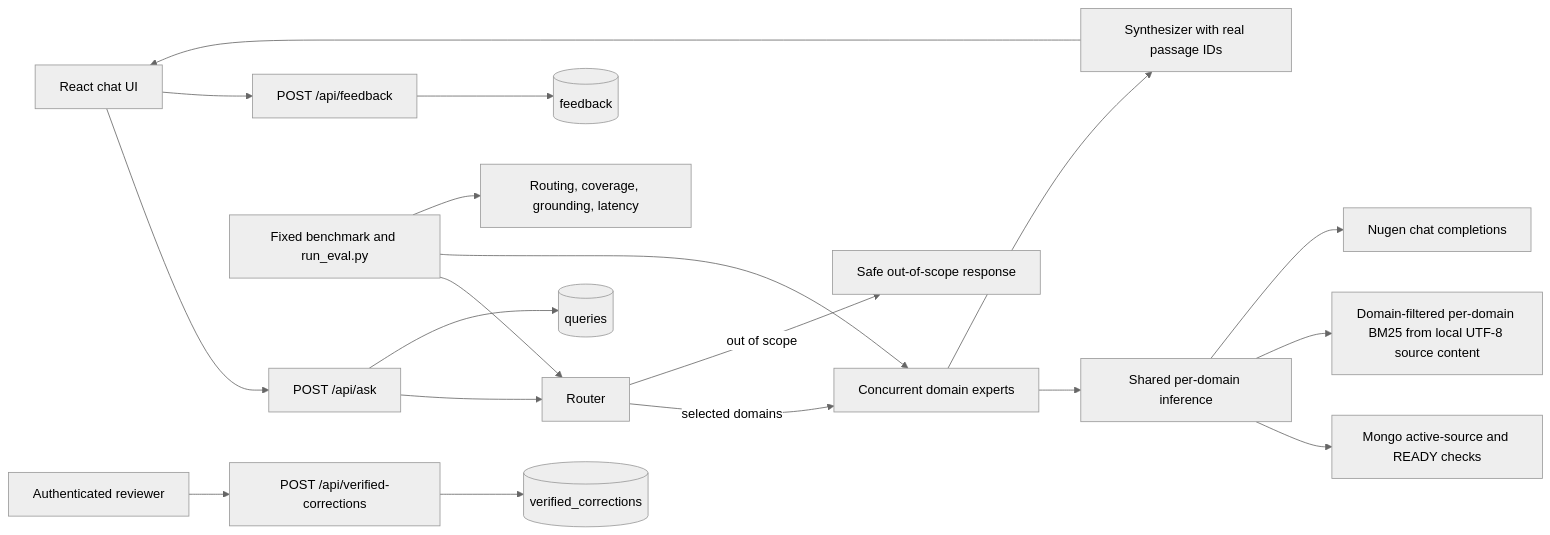
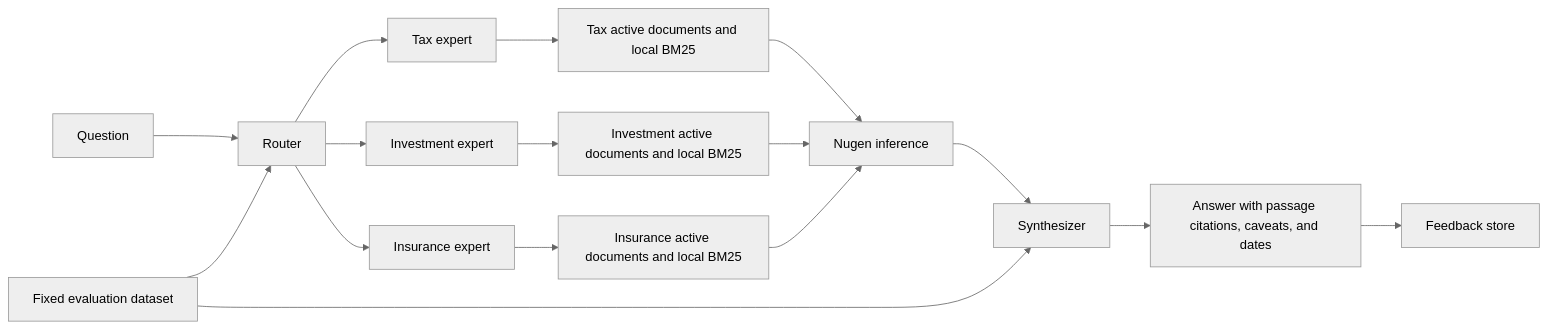
One commit to Rohithreddy64004/finpilot-ai changed the diagram in README.md. Above: the diagram before and after it, drawn with Mermaid (neutral theme). The commit also changed other lines of this file and 30 other files, not shown here.

````diff
--- a/README.md
+++ b/README.md
@@ -36,21 +7,18 @@
-~~~mermaid
+```mermaid
 flowchart LR
-  UI[React chat UI] --> ASK[POST /api/ask]
-  ASK --> ROUTER[Router]
-  ROUTER -->|selected domains| EXPERTS[Concurrent domain experts]
-  ROUTER -->|out of scope| SAFE[Safe out-of-scope response]
-  EXPERTS --> INFER[Shared per-domain inference]
-  INFER --> DOCS[Mongo active-source and READY checks]
-  INFER --> TEXT[Domain-filtered per-domain BM25 from local UTF-8 source content]
-  INFER --> NUGEN[Nugen chat completions]
-  EXPERTS --> SYNTH[Synthesizer with real passage IDs]
-  SYNTH --> UI
-  ASK --> QUERY[(queries)]
-  UI --> FEEDBACK[POST /api/feedback]
-  FEEDBACK --> FB[(feedback)]
-  EVAL[Fixed benchmark and run_eval.py] --> ROUTER
-  EVAL --> EXPERTS
-  EVAL --> METRICS[Routing, coverage, grounding, latency]
-  REVIEW[Authenticated reviewer] --> CORR[POST /api/verified-corrections]
-  CORR --> VC[(verified_corrections)]
-~~~
+    Q[Question] --> R[Router]
+    R --> T[Tax expert]
+    R --> I[Investment expert]
+    R --> H[Insurance expert]
+    T --> TB[Tax active documents and local BM25]
+    I --> IB[Investment active documents and local BM25]
+    H --> HB[Insurance active documents and local BM25]
+    TB --> N[Nugen inference]
+    IB --> N
+    HB --> N
+    N --> S[Synthesizer]
+    S --> A[Answer with passage citations, caveats, and dates]
+    A --> F[Feedback store]
+    E[Fixed evaluation dataset] --> R
+    E --> S
+```
````
